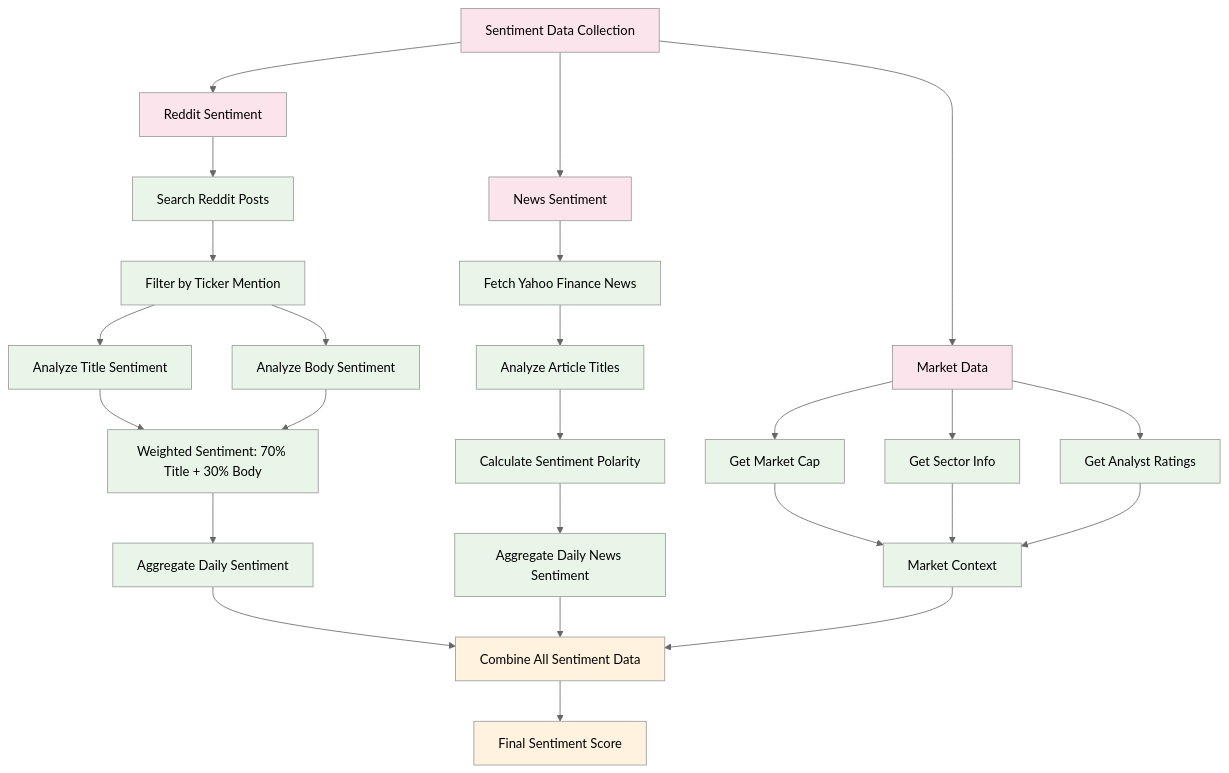
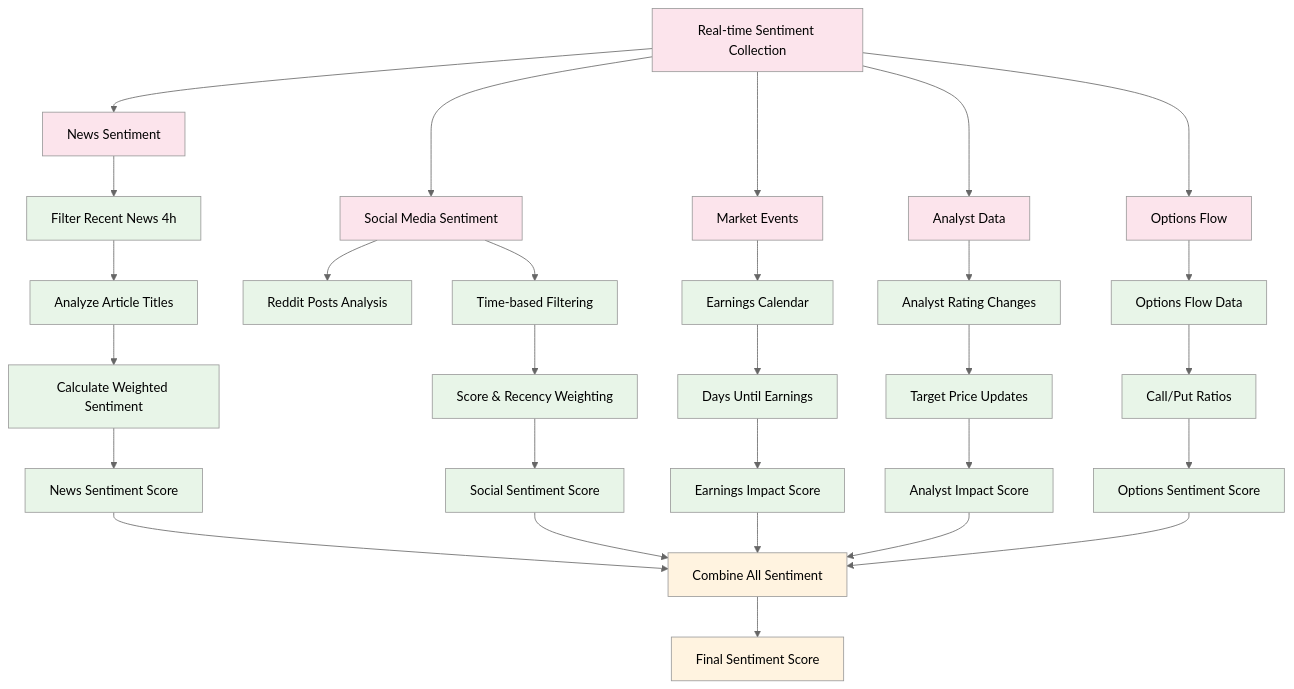
The third of 7 diagrams in LSTM-model.md (jeremygonsalves/price-predictor-stocks), drawn with Mermaid (neutral theme) before and after one commit. The commit also changed other lines of this file and 8 other files, not shown here.

````diff
--- a/LSTM-model.md
+++ b/LSTM-model.md
@@ -161,39 +197,45 @@
 ```mermaid
 flowchart TD
-    A[Sentiment Data Collection] --> B[Reddit Sentiment]
-    A --> C[News Sentiment]
-    A --> D[Market Data]
+    A[Real-time Sentiment Collection] --> B[News Sentiment]
+    A --> C[Social Media Sentiment]
+    A --> D[Market Events]
+    A --> E[Analyst Data]
+    A --> F[Options Flow]
     
-    B --> B1[Search Reddit Posts]
-    B1 --> B2[Filter by Ticker Mention]
-    B2 --> B3[Analyze Title Sentiment]
-    B2 --> B4[Analyze Body Sentiment]
-    B3 --> B5["Weighted Sentiment: 70% Title + 30% Body"]
-    B4 --> B5
-    B5 --> B6[Aggregate Daily Sentiment]
+    B --> B1[Filter Recent News 4h]
+    B1 --> B2[Analyze Article Titles]
+    B2 --> B3[Calculate Weighted Sentiment]
+    B3 --> B4[News Sentiment Score]
     
-    C --> C1[Fetch Yahoo Finance News]
-    C1 --> C2[Analyze Article Titles]
-    C2 --> C3[Calculate Sentiment Polarity]
-    C3 --> C4[Aggregate Daily News Sentiment]
+    C --> C1[Reddit Posts Analysis]
+    C --> C2[Time-based Filtering]
+    C2 --> C3[Score & Recency Weighting]
+    C3 --> C4[Social Sentiment Score]
     
-    D --> D1[Get Market Cap]
-    D --> D2[Get Sector Info]
-    D --> D3[Get Analyst Ratings]
-    D1 --> D4[Market Context]
-    D2 --> D4
-    D3 --> D4
+    D --> D1[Earnings Calendar]
+    D1 --> D2[Days Until Earnings]
+    D2 --> D3[Earnings Impact Score]
     
-    B6 --> E[Combine All Sentiment Data]
-    C4 --> E
-    D4 --> E
-    E --> F[Final Sentiment Score]
+    E --> E1[Analyst Rating Changes]
+    E1 --> E2[Target Price Updates]
+    E2 --> E3[Analyst Impact Score]
+    
+    F --> F1[Options Flow Data]
+    F1 --> F2[Call/Put Ratios]
+    F2 --> F3[Options Sentiment Score]
+    
+    B4 --> G[Combine All Sentiment]
+    C4 --> G
+    D3 --> G
+    E3 --> G
+    F3 --> G
+    G --> H[Final Sentiment Score]
     
     classDef source fill:#fce4ec
     classDef process fill:#e8f5e8
     classDef result fill:#fff3e0
     
-    class A,B,C,D source
-    class B1,B2,B3,B4,B5,B6,C1,C2,C3,C4,D1,D2,D3,D4 process
-    class E,F result
+    class A,B,C,D,E,F source
+    class B1,B2,B3,B4,C1,C2,C3,C4,D1,D2,D3,E1,E2,E3,F1,F2,F3 process
+    class G,H result
 ```
````
